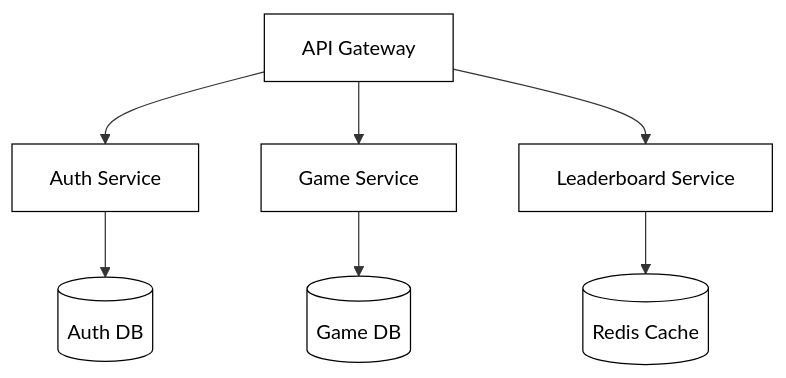
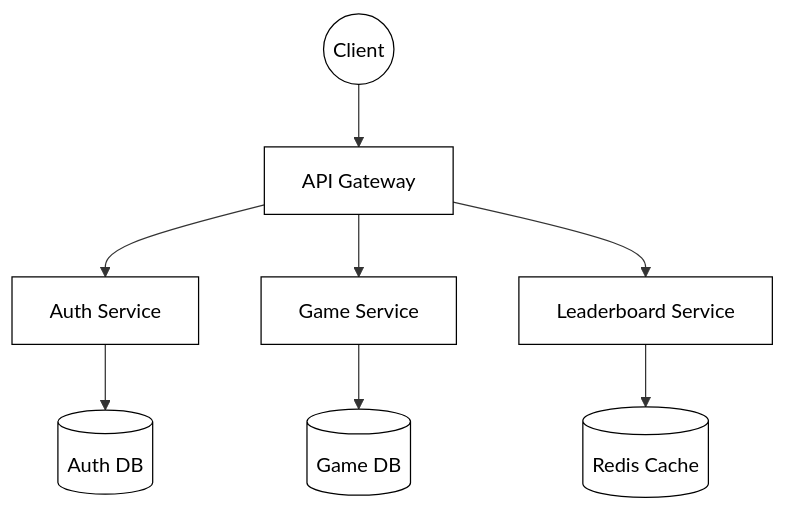
The third of 4 diagrams in instruction/distributed-application-architectures/distributed-application-architectures.md (byucsstudent/cs240v2), drawn with Mermaid before and after one commit.

Commit message:
Lee Jensen - update(Distributed Application Architectures)

````diff
--- a/instruction/distributed-application-architectures/distributed-application-architectures.md
+++ b/instruction/distributed-application-architectures/distributed-application-architectures.md
@@ -114,10 +114,11 @@
 ```mermaid
 graph TD
     classDef default fill:#ffffff,stroke:#000000,color:#000000,stroke-width:1px;
-    Gateway[API Gateway] --> S1[Auth Service]
+    Client((Client)) --> Gateway[API Gateway]
+    Gateway --> S1[Auth Service]
     Gateway --> S2[Game Service]
     Gateway --> S3[Leaderboard Service]
     S1 --> DB1[(Auth DB)]
     S2 --> DB2[(Game DB)]
     S3 --> DB3[(Redis Cache)]
 ```
````
